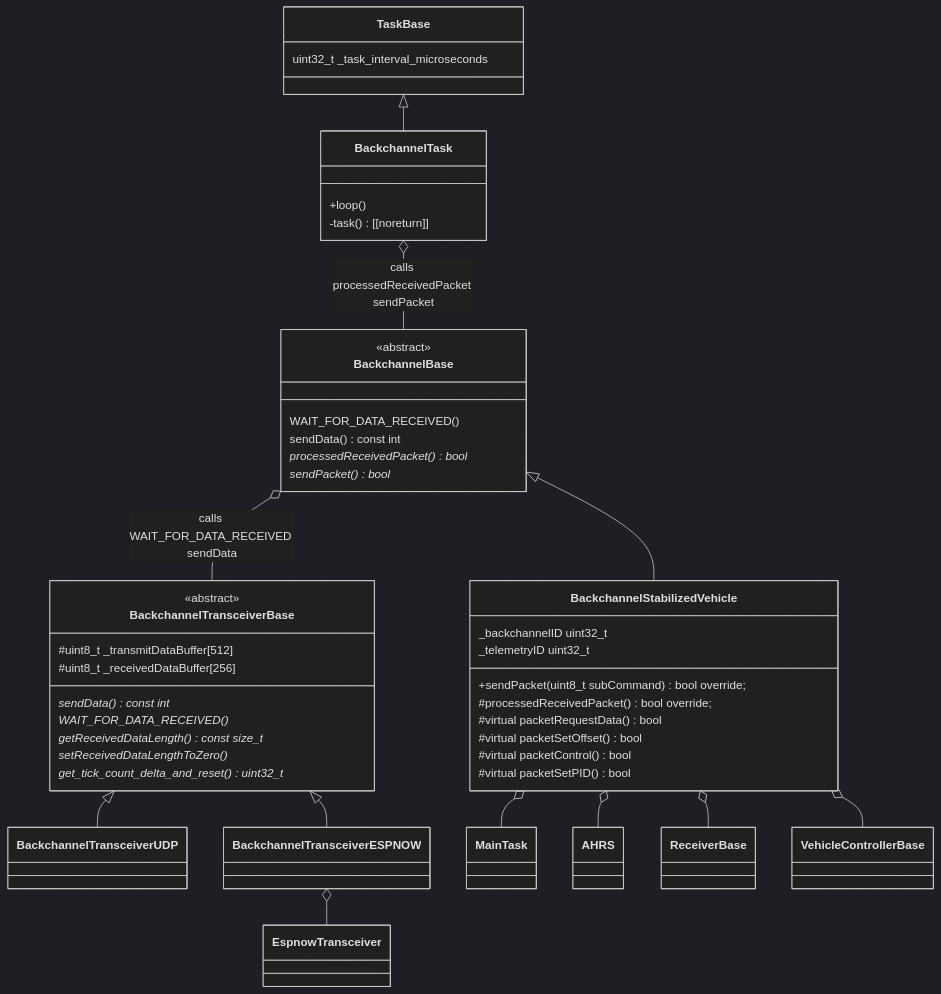
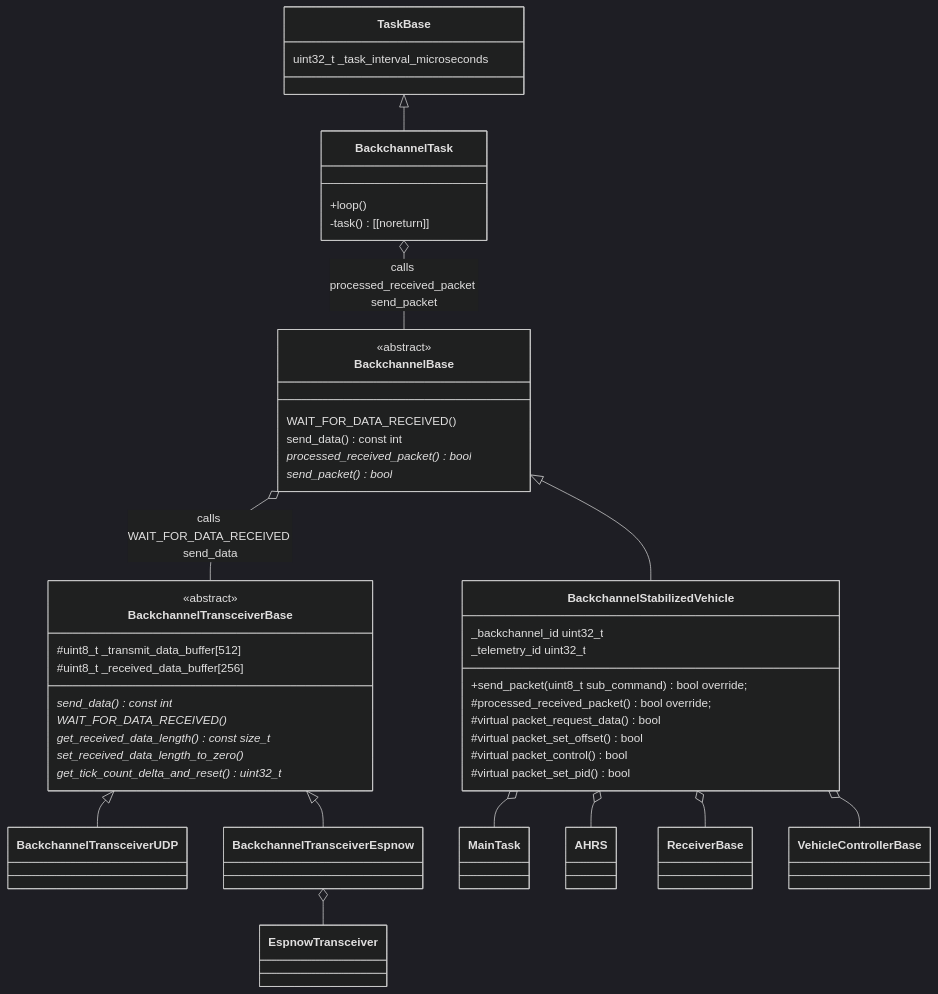
Before and after one commit to martinbudden/Library-Backchannel: the diagram in README.md, drawn with Mermaid (dark theme). The commit also changed 14 other files, not shown here.

````diff
--- a/README.md
+++ b/README.md
@@ -7,53 +7,53 @@
 ```mermaid
 classDiagram
     class BackchannelTransceiverBase {
         <<abstract>>
-        sendData() const int *
+        send_data() const int *
         WAIT_FOR_DATA_RECEIVED() *
-        getReceivedDataLength() const size_t *
-        setReceivedDataLengthToZero() *
+        get_received_data_length() const size_t *
+        set_received_data_length_to_zero() *
         get_tick_count_delta_and_reset() uint32_t *
-        #uint8_t _transmitDataBuffer[512]
-        #uint8_t _receivedDataBuffer[256]
+        #uint8_t _transmit_data_buffer[512]
+        #uint8_t _received_data_buffer[256]
     }
 
     class BackchannelBase {
         <<abstract>>
         WAIT_FOR_DATA_RECEIVED()
-        sendData() const int
-        processedReceivedPacket() bool *
-        sendPacket() bool *
+        send_data() const int
+        processed_received_packet() bool *
+        send_packet() bool *
     }
-    BackchannelBase o-- BackchannelTransceiverBase : calls WAIT_FOR_DATA_RECEIVED sendData
+    BackchannelBase o-- BackchannelTransceiverBase : calls WAIT_FOR_DATA_RECEIVED send_data
 
     BackchannelTransceiverBase <|-- BackchannelTransceiverUDP
 
-    BackchannelTransceiverBase <|-- BackchannelTransceiverESPNOW
-    BackchannelTransceiverESPNOW o-- EspnowTransceiver
+    BackchannelTransceiverBase <|-- BackchannelTransceiverEspnow
+    BackchannelTransceiverEspnow o-- EspnowTransceiver
 
     BackchannelBase <|-- BackchannelStabilizedVehicle
     class BackchannelStabilizedVehicle {
-        _backchannelID uint32_t
-        _telemetryID uint32_t
-        +sendPacket(uint8_t subCommand) bool override;
-        #processedReceivedPacket() bool override;
-        #virtual packetRequestData() bool
-        #virtual packetSetOffset() bool
-        #virtual packetControl() bool
-        #virtual packetSetPID() bool
+        _backchannel_id uint32_t
+        _telemetry_id uint32_t
+        +send_packet(uint8_t sub_command) bool override;
+        #processed_received_packet() bool override;
+        #virtual packet_request_data() bool
+        #virtual packet_set_offset() bool
+        #virtual packet_control() bool
+        #virtual packet_set_pid() bool
     }
     BackchannelStabilizedVehicle o-- MainTask
     BackchannelStabilizedVehicle o-- AHRS
     BackchannelStabilizedVehicle o-- ReceiverBase
     BackchannelStabilizedVehicle o-- VehicleControllerBase
 
     class TaskBase {
         uint32_t _task_interval_microseconds
     }
     TaskBase <|-- BackchannelTask
     class BackchannelTask {
         +loop()
         -task() [[noreturn]]
     }
-    BackchannelTask o-- BackchannelBase : calls processedReceivedPacket sendPacket
+    BackchannelTask o-- BackchannelBase : calls processed_received_packet send_packet
 ```
````
